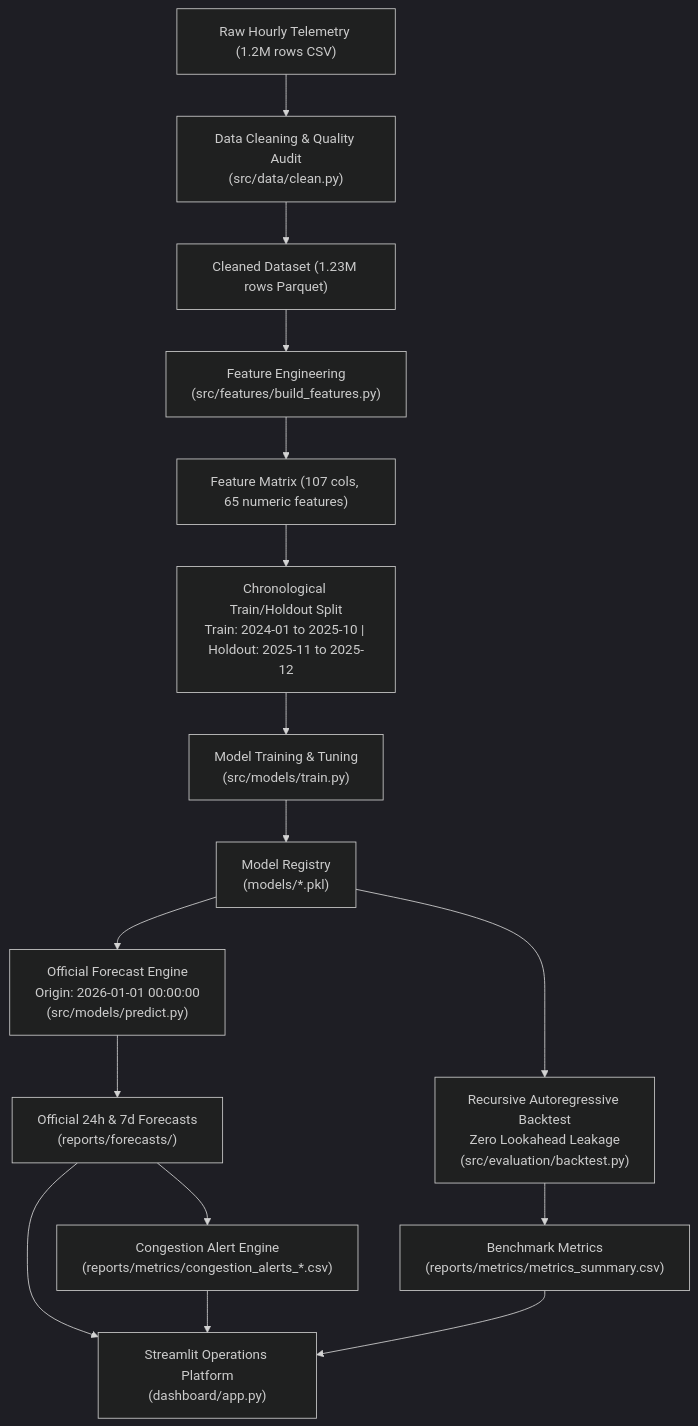
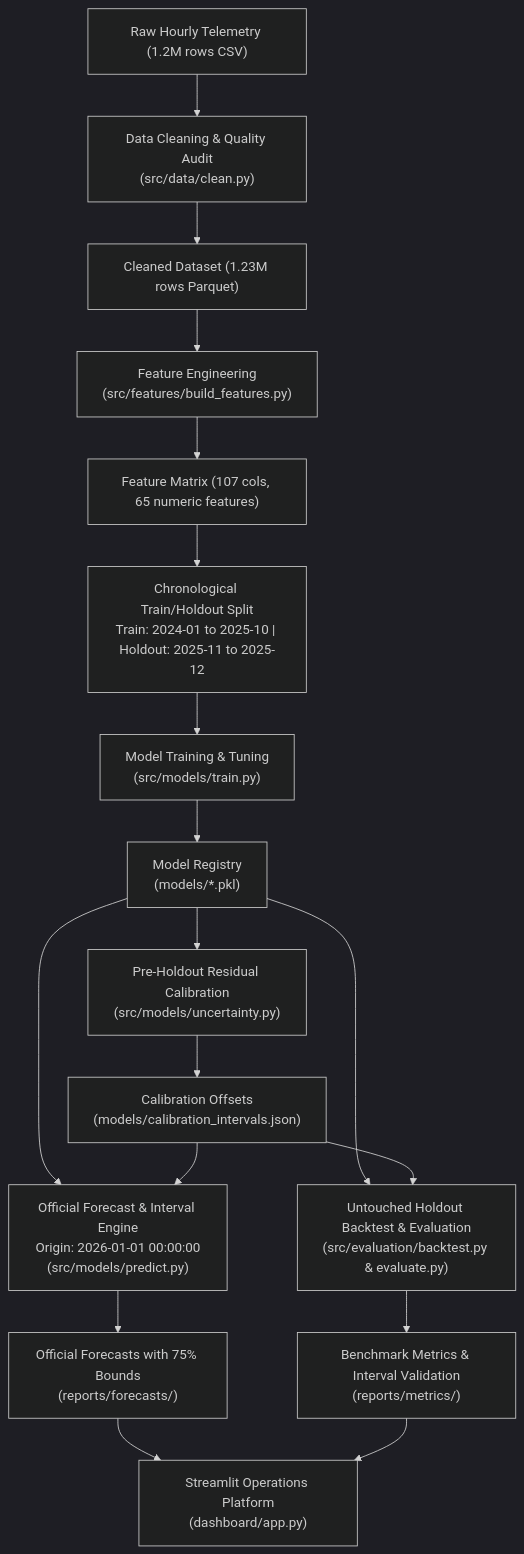
Before and after one commit to AYA-BACHA/DJEZZY-TRAFFIC-FORECASTING: the diagram in README.md, drawn with Mermaid (dark theme). The commit also changed other lines of this file and 23 other files, not shown here.

````diff
--- a/README.md
+++ b/README.md
@@ -31,16 +32,17 @@
 ```mermaid
 flowchart TD
     A["Raw Hourly Telemetry (1.2M rows CSV)"] --> B["Data Cleaning & Quality Audit\n(src/data/clean.py)"]
     B --> C["Cleaned Dataset (1.23M rows Parquet)"]
     C --> D["Feature Engineering\n(src/features/build_features.py)"]
     D --> E["Feature Matrix (107 cols, 65 numeric features)"]
     E --> F["Chronological Train/Holdout Split\nTrain: 2024-01 to 2025-10 | Holdout: 2025-11 to 2025-12"]
     F --> G["Model Training & Tuning\n(src/models/train.py)"]
     G --> H["Model Registry\n(models/*.pkl)"]
-    H --> I["Recursive Autoregressive Backtest\nZero Lookahead Leakage\n(src/evaluation/backtest.py)"]
-    H --> J["Official Forecast Engine\nOrigin: 2026-01-01 00:00:00\n(src/models/predict.py)"]
-    I --> K["Benchmark Metrics\n(reports/metrics/metrics_summary.csv)"]
-    J --> L["Official 24h & 7d Forecasts\n(reports/forecasts/)"]
-    L --> M["Congestion Alert Engine\n(reports/metrics/congestion_alerts_*.csv)"]
-    L & M & K --> N["Streamlit Operations Platform\n(dashboard/app.py)"]
+    H --> I["Pre-Holdout Residual Calibration\n(src/models/uncertainty.py)"]
+    I --> J["Calibration Offsets\n(models/calibration_intervals.json)"]
+    H & J --> K["Official Forecast & Interval Engine\nOrigin: 2026-01-01 00:00:00\n(src/models/predict.py)"]
+    H & J --> L["Untouched Holdout Backtest & Evaluation\n(src/evaluation/backtest.py & evaluate.py)"]
+    K --> M["Official Forecasts with 75% Bounds\n(reports/forecasts/)"]
+    L --> N["Benchmark Metrics & Interval Validation\n(reports/metrics/)"]
+    M & N --> O["Streamlit Operations Platform\n(dashboard/app.py)"]
 ```
````
